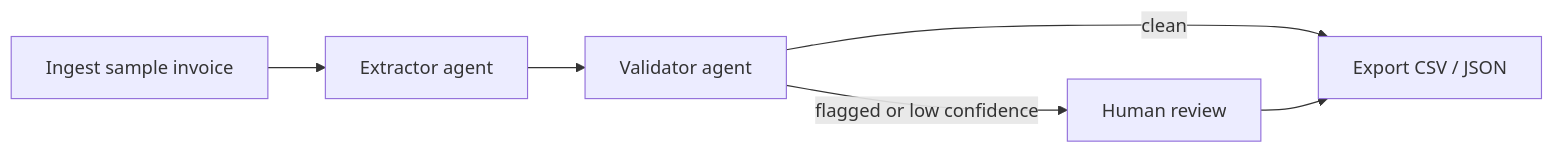
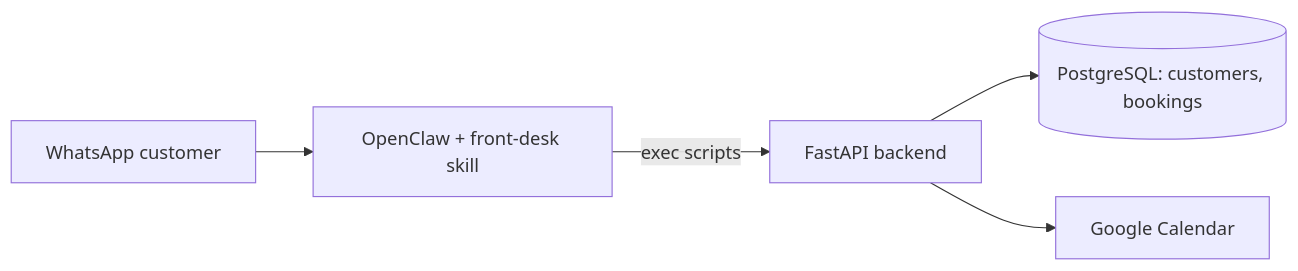
Before and after one commit to jgyy/agents42: the diagram in README.md, drawn with Mermaid. The commit also changed other lines of this file and 33 other files, not shown here.

````diff
--- a/README.md
+++ b/README.md
@@ -9,8 +37,7 @@
 ```mermaid
 flowchart LR
-    A[Ingest sample invoice] --> B[Extractor agent]
-    B --> C[Validator agent]
-    C -->|clean| E[Export CSV / JSON]
-    C -->|flagged or low confidence| D[Human review]
-    D --> E
+    C[WhatsApp customer] --> O[OpenClaw + front-desk skill]
+    O -->|exec scripts| A[FastAPI backend]
+    A --> D[(PostgreSQL: customers, bookings)]
+    A --> G[Google Calendar]
 ```
````
